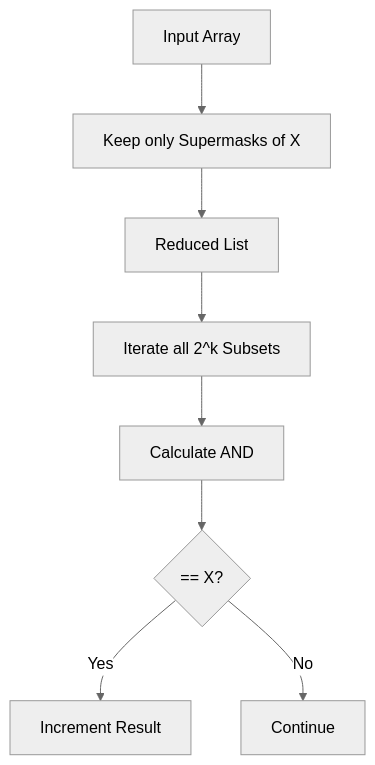
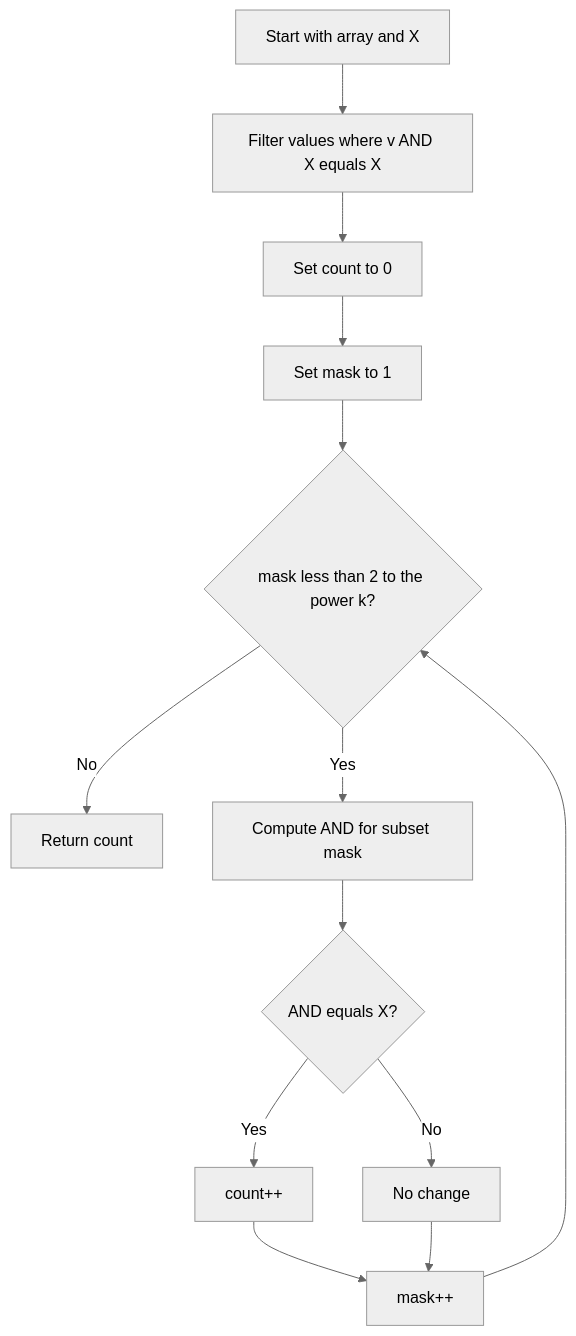
The diagram in dsa-problems/Bitwise/editorials/BIT-010-subset-and-equals-x.md (GundalaNikhil/DSA), drawn with Mermaid (neutral theme) before and after one commit. The commit also changed other lines of this file and 429 other files, not shown here.

````diff
--- a/dsa-problems/Bitwise/editorials/BIT-010-subset-and-equals-x.md
+++ b/dsa-problems/Bitwise/editorials/BIT-010-subset-and-equals-x.md
@@ -75,10 +77,15 @@
 ```mermaid
-graph TD
-    Start[Input Array] --> Filter[Keep only Supermasks of X]
-    Filter --> Candidates[Reduced List]
-    Candidates --> Iterate[Iterate all 2^k Subsets]
-    Iterate --> Calc[Calculate AND]
-    Calc --> Check{== X?}
-    Check -- Yes --> Count[Increment Result]
-    Check -- No --> Continue
+flowchart TD
+    A[Start with array and X] --> B[Filter values where v AND X equals X]
+    B --> C[Set count to 0]
+    C --> D[Set mask to 1]
+    D --> E{mask less than 2 to the power k?}
+    E -- No --> I[Return count]
+    E -- Yes --> F[Compute AND for subset mask]
+    F --> G{AND equals X?}
+    G -- Yes --> H[count++]
+    G -- No --> J[No change]
+    H --> K[mask++]
+    J --> K
+    K --> E
 ```
````
